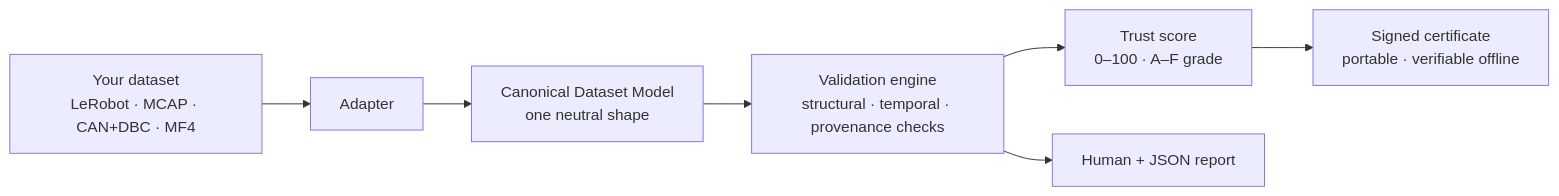
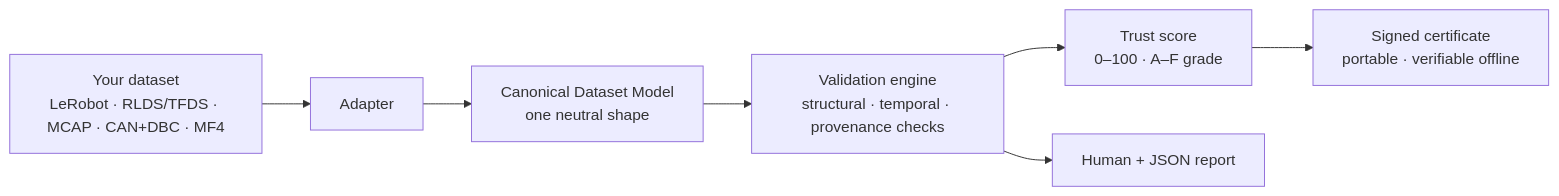
Before and after one commit to clay-good/veridex: the first of 2 diagrams in README.md, drawn with Mermaid. The commit also changed other lines of this file and 7 other files, not shown here.

````diff
--- a/README.md
+++ b/README.md
@@ -56,9 +56,9 @@
 ```mermaid
 flowchart LR
-    A[Your dataset<br/>LeRobot · MCAP · CAN+DBC · MF4] --> B[Adapter]
+    A[Your dataset<br/>LeRobot · RLDS/TFDS · MCAP · CAN+DBC · MF4] --> B[Adapter]
     B --> C[Canonical Dataset Model<br/>one neutral shape]
     C --> D[Validation engine<br/>structural · temporal · provenance checks]
     D --> E[Trust score<br/>0–100 · A–F grade]
     E --> F[Signed certificate<br/>portable · verifiable offline]
     D --> G[Human + JSON report]
 ```
````
